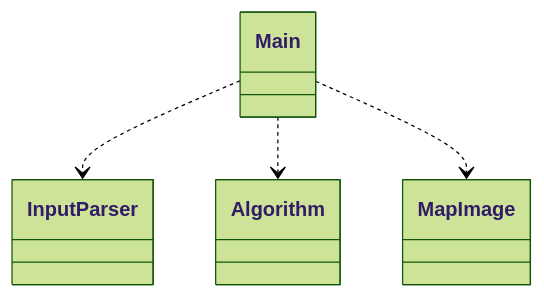
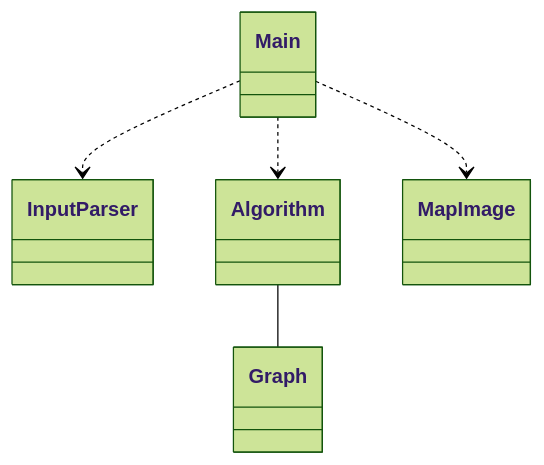
One commit to antonlep/shortest-path changed the diagram in documentation/implementation.md. Above: the diagram before and after it, drawn with Mermaid (forest theme).

````diff
--- a/documentation/implementation.md
+++ b/documentation/implementation.md
@@ -3,14 +3,17 @@
 ```mermaid
  classDiagram
       Main ..> InputParser
       Main ..> Algorithm
       Main ..> MapImage
+      Algorithm -- Graph
       class Main{
       }
       class InputParser{
       }
       class Algorithm{
       }
       class MapImage{
       }
+      class Graph{
+      }
 ```
````
